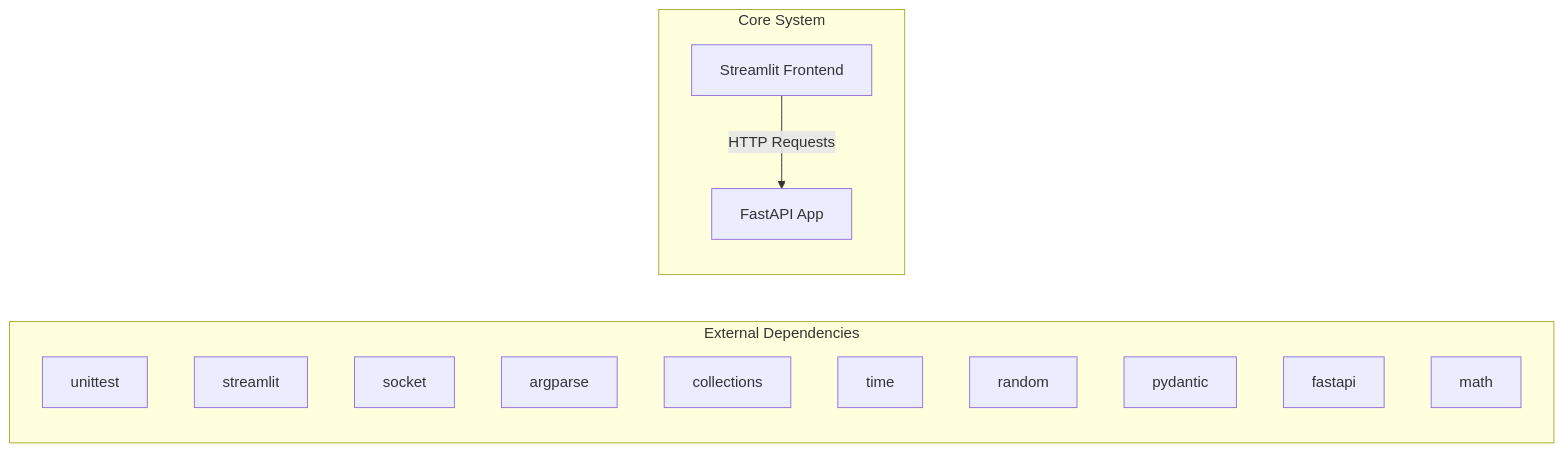
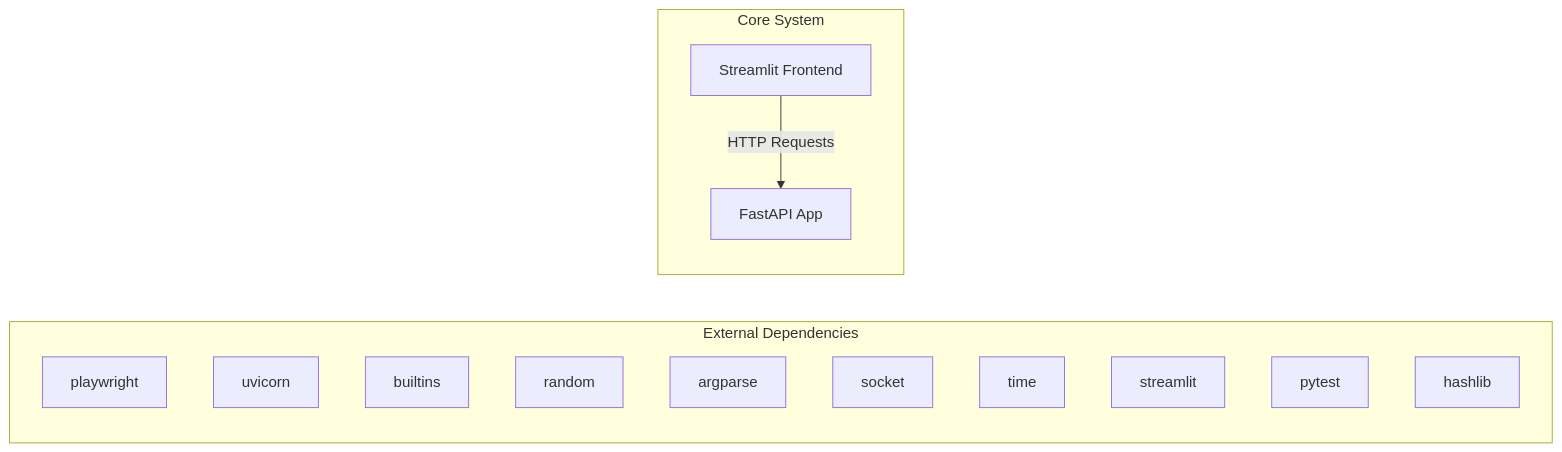
One commit to NITISH-R-G/rag-context-optimizer changed the first of 2 diagrams in docs/architecture.md. Above: the diagram before and after it, drawn with Mermaid. The commit also changed 1 other file, not shown here.

Commit message:
docs: auto-update repository knowledge, architecture diagrams, and documentation

````diff
--- a/docs/architecture.md
+++ b/docs/architecture.md
@@ -7,20 +7,20 @@
 ```mermaid
 graph LR
     subgraph External Dependencies
-        E0["unittest"]
-        E1["streamlit"]
-        E2["socket"]
-        E3["argparse"]
-        E4["collections"]
-        E5["time"]
-        E6["random"]
-        E7["pydantic"]
-        E8["fastapi"]
-        E9["math"]
+        E0["playwright"]
+        E1["uvicorn"]
+        E2["builtins"]
+        E3["random"]
+        E4["argparse"]
+        E5["socket"]
+        E6["time"]
+        E7["streamlit"]
+        E8["pytest"]
+        E9["hashlib"]
     end
     subgraph Core System
         API["FastAPI App"]
         UI["Streamlit Frontend"]
     end
     UI -->|HTTP Requests| API
 ```
````
